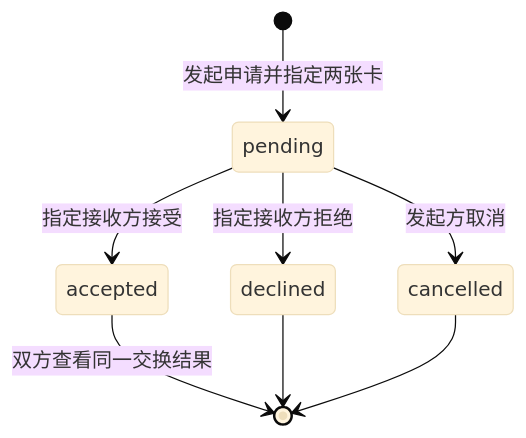
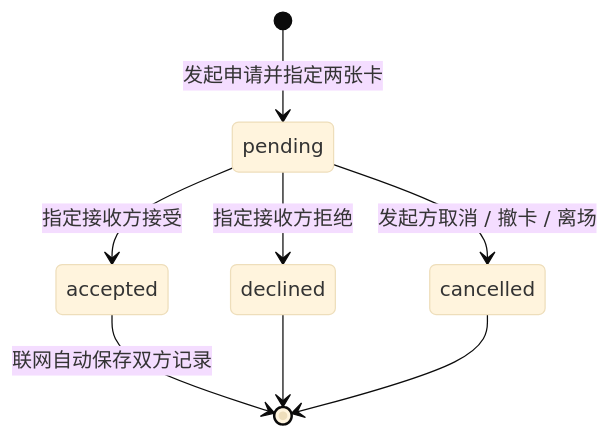
Before and after one commit to musicMapTeam/musicMap: the diagram in product/docs/03-build-guide.md, drawn with Mermaid (base theme). The commit also changed other lines of this file and 27 other files, not shown here.

````diff
--- a/product/docs/03-build-guide.md
+++ b/product/docs/03-build-guide.md
@@ -57,10 +71,10 @@
 ```mermaid
 stateDiagram-v2
     [*] --> pending: 发起申请并指定两张卡
     pending --> accepted: 指定接收方接受
     pending --> declined: 指定接收方拒绝
-    pending --> cancelled: 发起方取消
-    accepted --> [*]: 双方查看同一交换结果
+    pending --> cancelled: 发起方取消 / 撤卡 / 离场
+    accepted --> [*]: 联网自动保存双方记录
     declined --> [*]
     cancelled --> [*]
 ```
````
